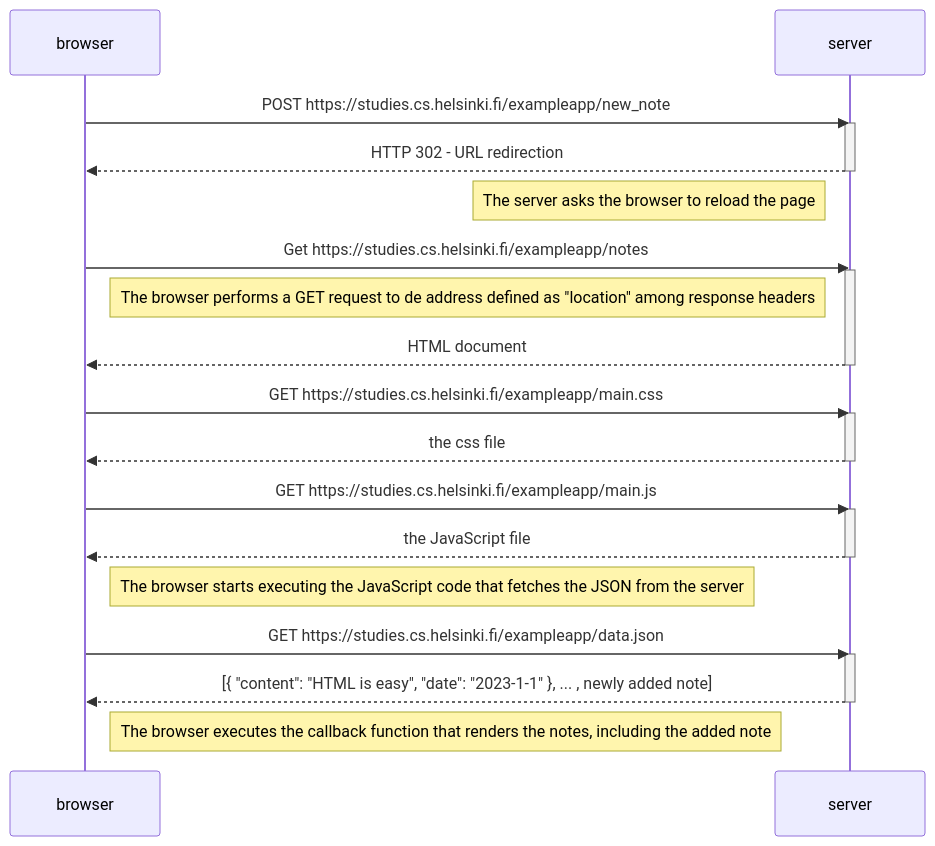
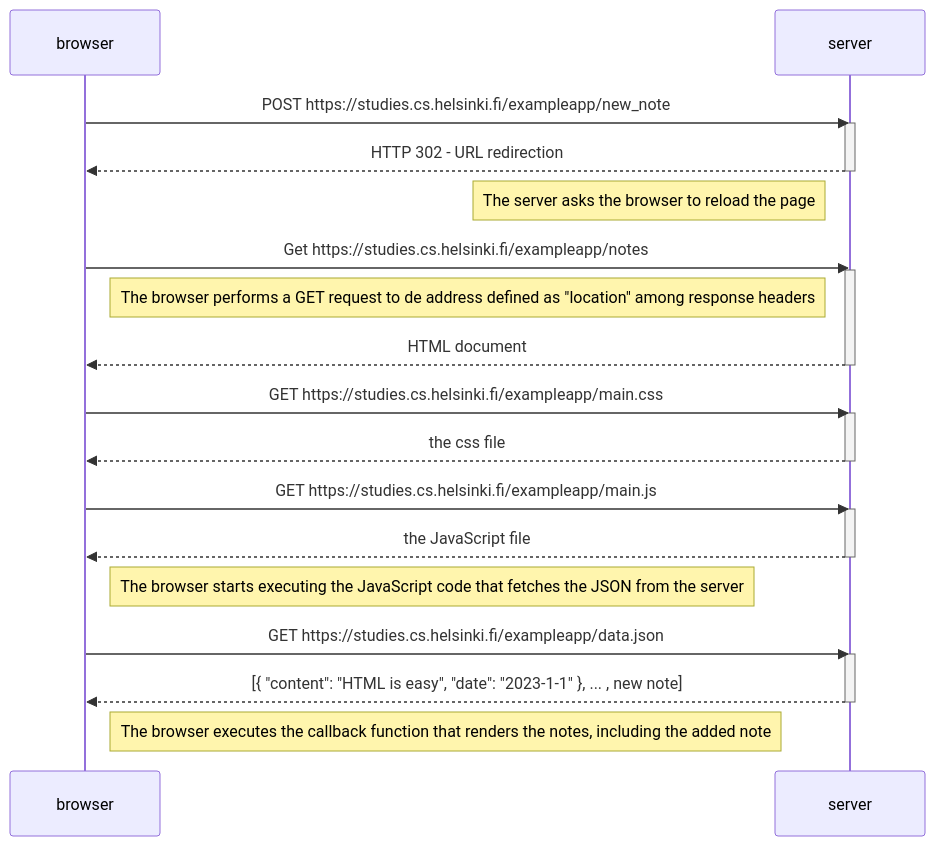
One commit to MC-Codingcat/fullstack changed the diagram in exercise0-4.md. Above: the diagram before and after it, drawn with Mermaid.

````diff
--- a/exercise0-4.md
+++ b/exercise0-4.md
@@ -1,37 +1,37 @@
 ```mermaid
 sequenceDiagram
     participant browser
     participant server
     
     browser->>server: POST https://studies.cs.helsinki.fi/exampleapp/new_note 
     activate server
     server-->>browser:HTTP 302 - URL redirection
     deactivate server
 
     Note left of server: The server asks the browser to reload the page
 
     browser->>server: Get https://studies.cs.helsinki.fi/exampleapp/notes
     activate server
     Note right of browser: The browser performs a GET request to de address defined as "location" among response headers
     server-->>browser:HTML document
     deactivate server
 
     browser->>server: GET https://studies.cs.helsinki.fi/exampleapp/main.css
     activate server
     server-->>browser: the css file
     deactivate server
 
     browser->>server: GET https://studies.cs.helsinki.fi/exampleapp/main.js
     activate server
     server-->>browser: the JavaScript file
     deactivate server
 
     Note right of browser: The browser starts executing the JavaScript code that fetches the JSON from the server
 
     browser->>server: GET https://studies.cs.helsinki.fi/exampleapp/data.json
     activate server
-    server-->>browser: [{ "content": "HTML is easy", "date": "2023-1-1" }, ... , newly added note]
+    server-->>browser: [{ "content": "HTML is easy", "date": "2023-1-1" }, ... , new note]
     deactivate server
 
     Note right of browser: The browser executes the callback function that renders the notes, including the added note
 ```
````
